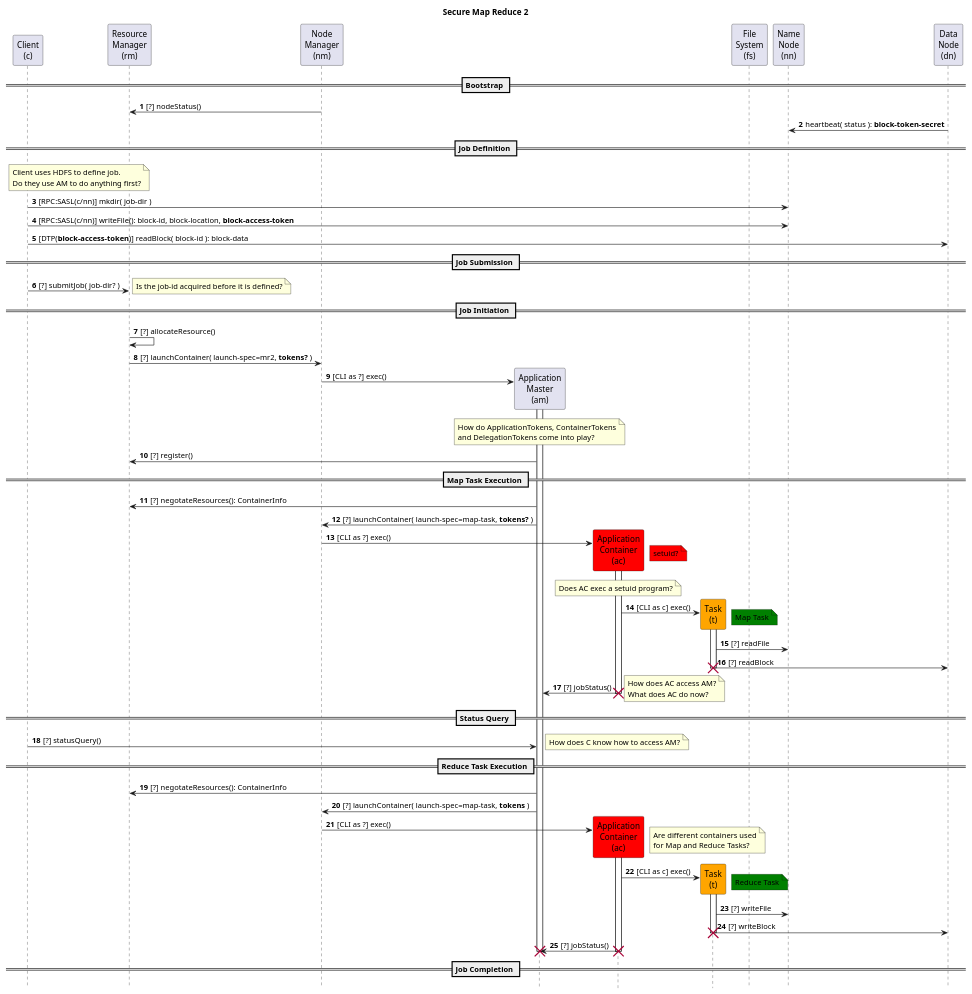
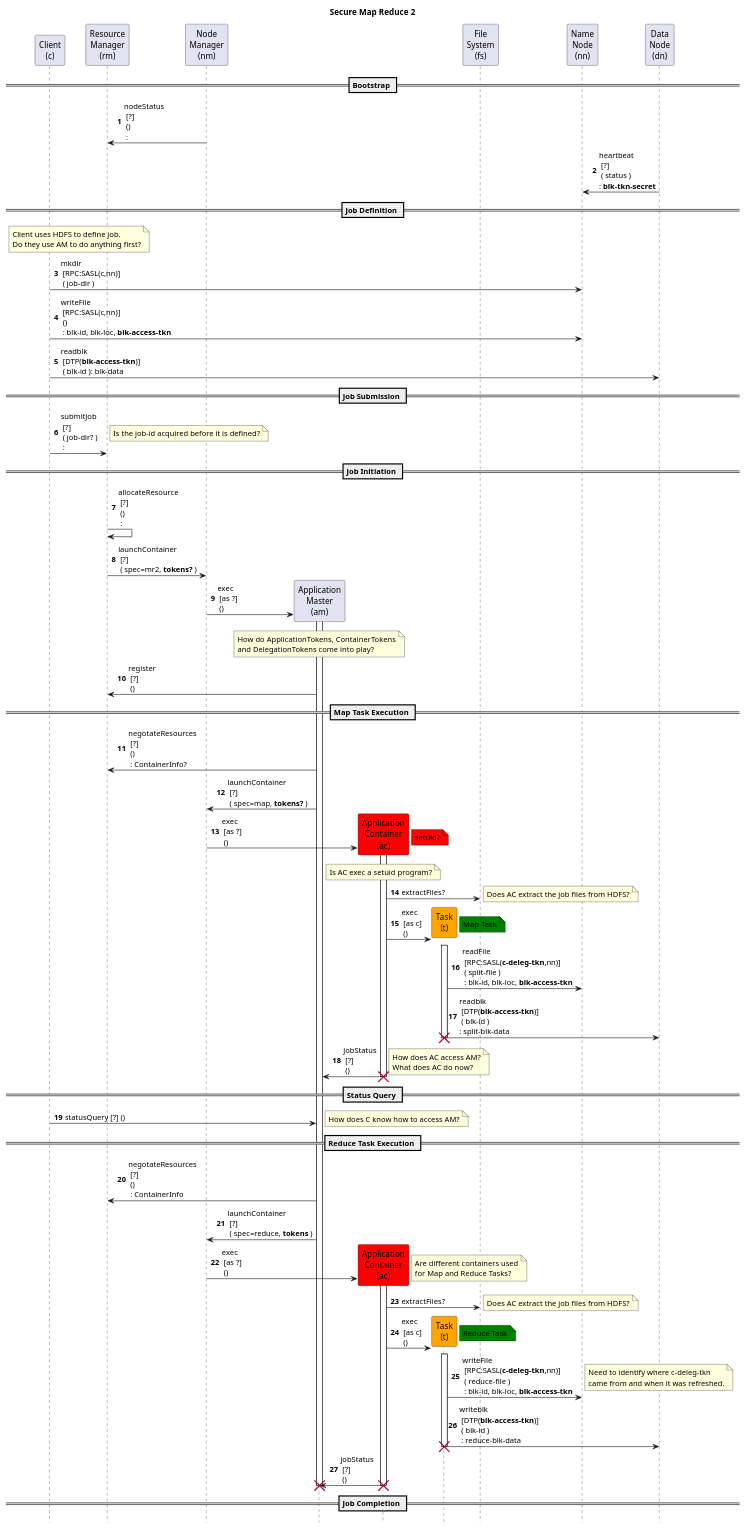
Before and after one commit to kminder/puml: the diagram in hadoop/src/yarn.puml, drawn with PlantUML.

Commit message:
Cleaned up HDFS interactions.

```diff
--- a/hadoop/src/yarn.puml
+++ b/hadoop/src/yarn.puml
@@ -1,95 +1,123 @@
 @startuml
 title Secure Map Reduce 2
 autonumber
 hide footbox
 
 participant "Client\n(c)" as C
 participant "Resource\nManager\n(rm)" as RM
 participant "Node\nManager\n(nm)" as NM
 participant "Application\nMaster\n(am)" as AM
 participant "Application\nContainer\n(ac)" as AC #red
 participant "Task\n(t)" as T #orange
 participant "File\nSystem\n(fs)" as FS
 participant "Name\nNode\n(nn)" as NN
 participant "Data\nNode\n(dn)" as DN
 
 == Bootstrap ==
 
-NM->RM: [?] nodeStatus()
-DN->NN: heartbeat( status ): <b>block-token-secret</b>
+NM->RM: nodeStatus\n [?]\n ()\n :  
+
+DN->NN: heartbeat\n [?]\n ( status )\n: <b>blk-tkn-secret</b> 
+
 
 == Job Definition ==
 
   note over C,RM: Client uses HDFS to define job.\nDo they use AM to do anything first?
-C->NN: [RPC:SASL(c/nn)] mkdir( job-dir )
-C->NN: [RPC:SASL(c/nn)] writeFile(): block-id, block-location, <b>block-access-token</b>
-C->DN: [DTP(<b>block-access-token</b>)] readBlock( block-id ): block-data
+
+C->NN: mkdir\n [RPC:SASL(c,nn)]\n ( job-dir )  
+
+C->NN: writeFile\n [RPC:SASL(c,nn)]\n ()\n : blk-id, blk-loc, <b>blk-access-tkn</b>  
+
+C->DN: readblk\n [DTP(<b>blk-access-tkn</b>)]\n ( blk-id ): blk-data  
+
 
 == Job Submission ==
 
-C->RM: [?] submitJob( job-dir? )
+C->RM: submitJob\n [?]\n ( job-dir? )\n :  
   note right: Is the job-id acquired before it is defined?
 
 == Job Initiation ==
 
-RM->RM: [?] allocateResource()
-RM->NM: [?] launchContainer( launch-spec=mr2, <b>tokens?</b> )
+RM->RM: allocateResource\n [?]\n ()\n : 
+
+RM->NM: launchContainer\n [?]\n ( spec=mr2, <b>tokens?</b> ) 
   create AM
-NM->AM: [CLI as ?] exec()
+
+NM->AM: exec\n [as ?]\n ()  
   note over AM: How do ApplicationTokens, ContainerTokens\nand DelegationTokens come into play?
   activate AM
-AM->RM: [?] register()
+
+AM->RM: register\n [?]\n ()  
 
 == Map Task Execution ==
 
-AM->RM: [?] negotateResources(): ContainerInfo
-AM->NM: [?] launchContainer( launch-spec=map-task, <b>tokens?</b> )
+AM->RM: negotateResources\n [?]\n ()\n : ContainerInfo?  
+
+AM->NM: launchContainer\n [?]\n ( spec=map, <b>tokens?</b> )  
   create AC
-NM->AC: [CLI as ?] exec()
+
+NM->AC: exec\n [as ?]\n () 
   note right #red: setuid?
-  note over AC: Does AC exec a setuid program?
+  note over AC: Is AC exec a setuid program?
   activate AC
+
+AC->FS: extractFiles?
+  note right: Does AC extract the job files from HDFS?
   create T
-AC->T: [CLI as c] exec()
+
+AC->T: exec\n [as c]\n ()  
   note right #green: Map Task
   activate T
-  T->NN: [?] readFile
-  T->DN: [?] readBlock
+  T->NN: readFile\n [RPC:SASL(<b>c-deleg-tkn</b>,nn)]\n ( split-file )\n : blk-id, blk-loc, <b>blk-access-tkn</b> 
+  T->DN: readblk\n [DTP(<b>blk-access-tkn</b>)]\n ( blk-id )\n: split-blk-data 
   deactivate T
   destroy T
-AC->AM: [?] jobStatus()
+
+AC->AM: jobStatus\n [?]\n ()
   note right: How does AC access AM?\nWhat does AC do now?
   deactivate AC
   destroy AC
 
+
 == Status Query ==
 
-C->AM: [?] statusQuery()
+C->AM: statusQuery [?] ()
   note right: How does C know how to access AM?
 
 == Reduce Task Execution ==
 
-AM->RM: [?] negotateResources(): ContainerInfo
-AM->NM: [?] launchContainer( launch-spec=map-task, <b>tokens</b> )
+AM->RM: negotateResources\n [?]\n ()\n : ContainerInfo
+
+AM->NM: launchContainer\n [?]\n ( spec=reduce, <b>tokens</b> )
   create AC
-NM->AC: [CLI as ?] exec()
+
+NM->AC: exec\n [as ?]\n ()
   note right: Are different containers used\nfor Map and Reduce Tasks?
   activate AC
+
+AC->FS: extractFiles?
+  note right: Does AC extract the job files from HDFS?
   create T
-AC->T: [CLI as c] exec()
+
+AC->T: exec\n [as c]\n ()
   note right #green: Reduce Task
   activate T
-  T->NN: [?] writeFile
-  T->DN: [?] writeBlock
+
+T->NN: writeFile\n [RPC:SASL(<b>c-deleg-tkn</b>,nn)]\n ( reduce-file )\n : blk-id, blk-loc, <b>blk-access-tkn</b>
+  note right: Need to identify where c-deleg-tkn\ncame from and when it was refreshed.
+
+T->DN: writeblk\n [DTP(<b>blk-access-tkn</b>)]\n ( blk-id )\n : reduce-blk-data
   deactivate T
   destroy T
-AC->AM: [?] jobStatus()
+
+AC->AM: jobStatus\n [?]\n ()
   deactivate AC
   destroy AC
 
+
 == Job Completion ==
 
-deactivate AM
-destroy AM
+  deactivate AM
+  destroy AM
 
 @enduml
```
